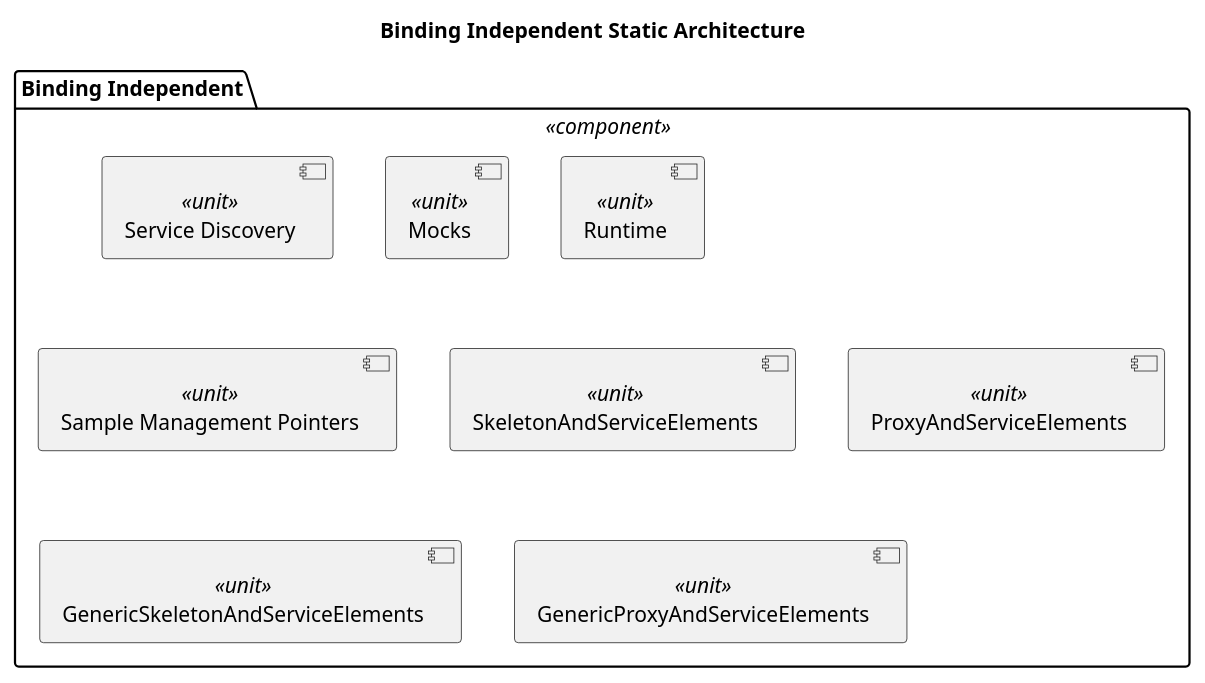
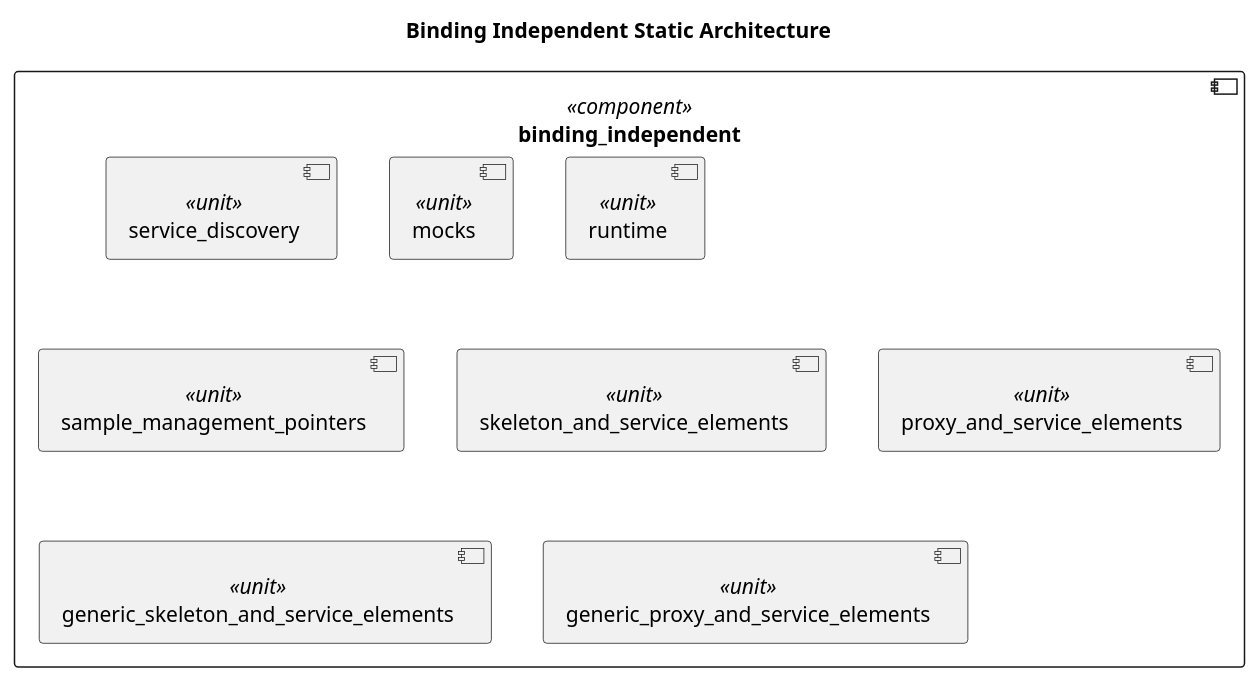
The diagram in score/mw/com/dependability/architectural_design/static_design/binding_independent.puml (eclipse-score/communication), drawn with PlantUML before and after one commit. The commit also changed 25 other files, not shown here.

```diff
--- a/score/mw/com/dependability/architectural_design/static_design/binding_independent.puml
+++ b/score/mw/com/dependability/architectural_design/static_design/binding_independent.puml
@@ -13,19 +13,19 @@
 @startuml safety_sentinel_binding_independent_design
 title "Binding Independent Static Architecture"
 
-package "Binding Independent" as binding_independent <<component>> {
-  component "Service Discovery" as service_discovery <<unit>>
-  component "Mocks" as mocks <<unit>>
-  component "Runtime" as runtime <<unit>>
-  component "Sample Management Pointers" as slot_pointers <<unit>>
+component binding_independent <<component>> {
+  component service_discovery <<unit>>
+  component mocks <<unit>>
+  component runtime <<unit>>
+  component sample_management_pointers <<unit>>
 
-  component "SkeletonAndServiceElements" as skeleton_and_service_elements <<unit>>
+  component skeleton_and_service_elements <<unit>>
 
-  component "ProxyAndServiceElements" as proxy_and_service_elements <<unit>>
+  component proxy_and_service_elements <<unit>>
 
-  component "GenericSkeletonAndServiceElements" as generic_skeleton_and_service_elements <<unit>>
+  component generic_skeleton_and_service_elements <<unit>>
 
-  component "GenericProxyAndServiceElements" as generic_proxy_and_service_elements <<unit>>
+  component generic_proxy_and_service_elements <<unit>>
 }
 
 @enduml
```
